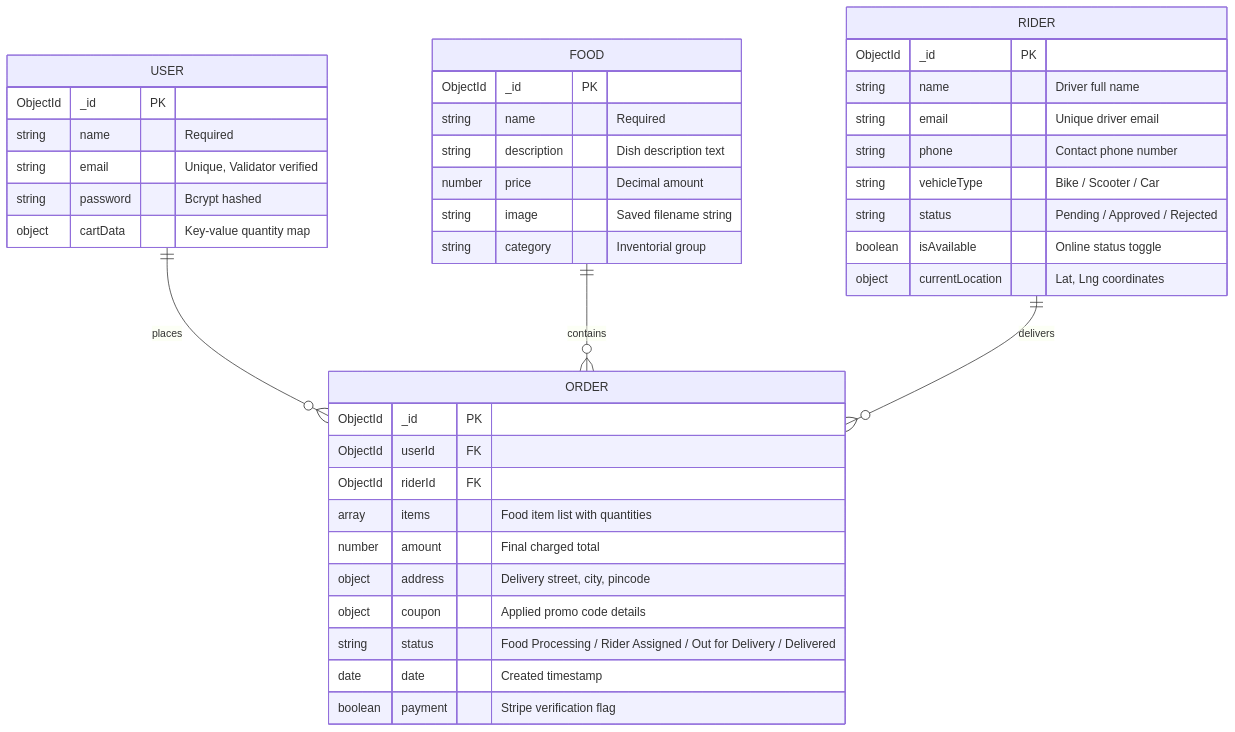
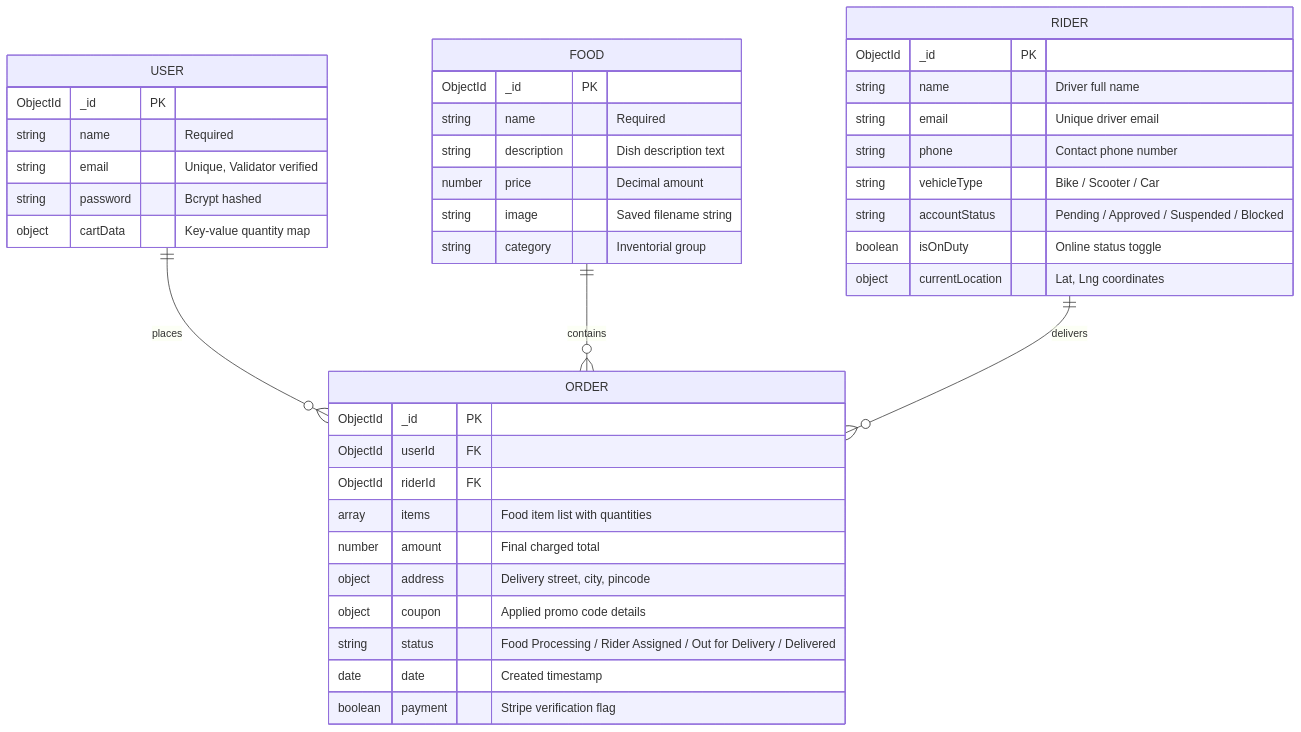
One commit to SarthakDudhe/Feasto-Food-Delivery-Platform changed the third of 3 diagrams in README.md. Above: the diagram before and after it, drawn with Mermaid. The commit also changed other lines of this file, not shown here.

````diff
--- a/README.md
+++ b/README.md
@@ -223,47 +246,47 @@
 ```mermaid
 erDiagram
     USER ||--o{ ORDER : places
     FOOD ||--o{ ORDER : contains
     RIDER ||--o{ ORDER : delivers
 
     USER {
         ObjectId _id PK
         string name "Required"
         string email "Unique, Validator verified"
         string password "Bcrypt hashed"
         object cartData "Key-value quantity map"
     }
 
     FOOD {
         ObjectId _id PK
         string name "Required"
         string description "Dish description text"
         number price "Decimal amount"
         string image "Saved filename string"
         string category "Inventorial group"
     }
 
     RIDER {
         ObjectId _id PK
         string name "Driver full name"
         string email "Unique driver email"
         string phone "Contact phone number"
         string vehicleType "Bike / Scooter / Car"
-        string status "Pending / Approved / Rejected"
-        boolean isAvailable "Online status toggle"
+        string accountStatus "Pending / Approved / Suspended / Blocked"
+        boolean isOnDuty "Online status toggle"
         object currentLocation "Lat, Lng coordinates"
     }
 
     ORDER {
         ObjectId _id PK
         ObjectId userId FK
         ObjectId riderId FK
         array items "Food item list with quantities"
         number amount "Final charged total"
         object address "Delivery street, city, pincode"
         object coupon "Applied promo code details"
         string status "Food Processing / Rider Assigned / Out for Delivery / Delivered"
         date date "Created timestamp"
         boolean payment "Stripe verification flag"
     }
 ```
````
